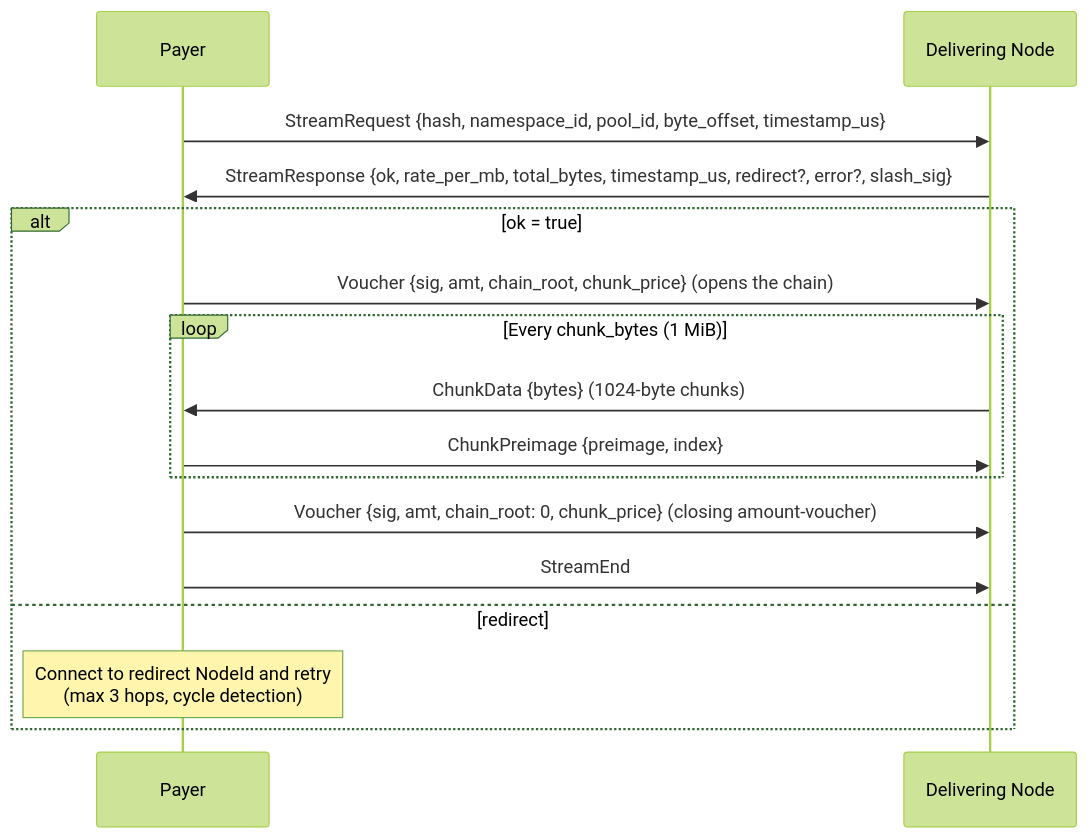
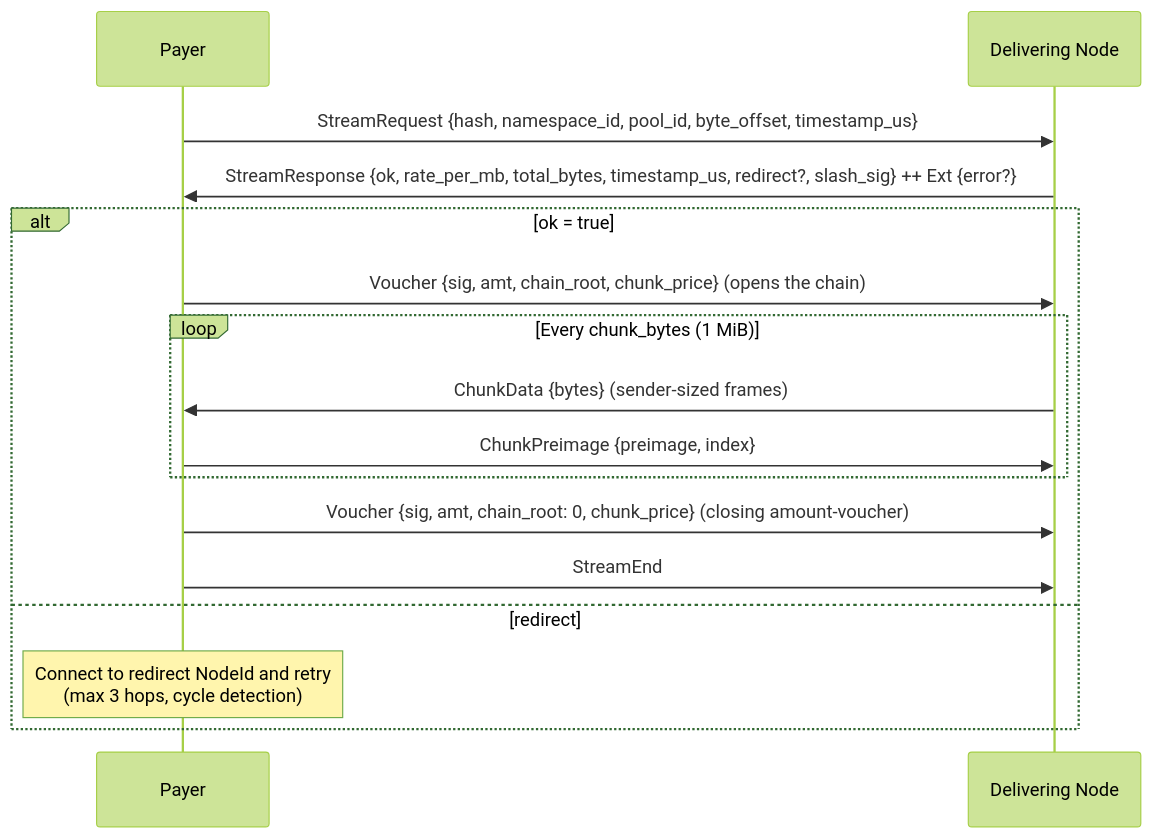
One commit to decdn/decdn changed the second of 3 diagrams in adr/005-protocol.md. Above: the diagram before and after it, drawn with Mermaid (forest theme). The commit also changed other lines of this file and 46 other files, not shown here.

First line of the commit message:
feat(protocol,node)!: sender-chosen ChunkData frames and the Tier-1 extension seam (#1804)

````diff
--- a/adr/005-protocol.md
+++ b/adr/005-protocol.md
@@ -104,20 +104,20 @@
 ```mermaid
 sequenceDiagram
     participant P as Payer
     participant D as Delivering Node
 
     P->>D: StreamRequest {hash, namespace_id, pool_id, byte_offset, timestamp_us}
-    D->>P: StreamResponse {ok, rate_per_mb, total_bytes, timestamp_us, redirect?, error?, slash_sig}
+    D->>P: StreamResponse {ok, rate_per_mb, total_bytes, timestamp_us, redirect?, slash_sig} ++ Ext {error?}
 
     alt ok = true
         P->>D: Voucher {sig, amt, chain_root, chunk_price} (opens the chain)
         loop Every chunk_bytes (1 MiB)
-            D->>P: ChunkData {bytes} (1024-byte chunks)
+            D->>P: ChunkData {bytes} (sender-sized frames)
             P->>D: ChunkPreimage {preimage, index}
         end
         P->>D: Voucher {sig, amt, chain_root: 0, chunk_price} (closing amount-voucher)
         P->>D: StreamEnd
     else redirect
         Note over P: Connect to redirect NodeId and retry<br/>(max 3 hops, cycle detection)
     end
 ```
````
